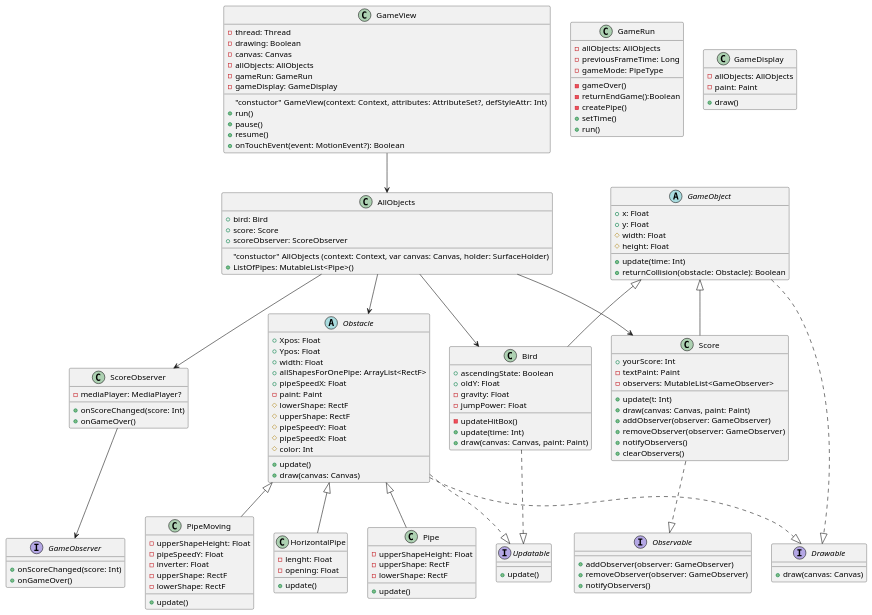
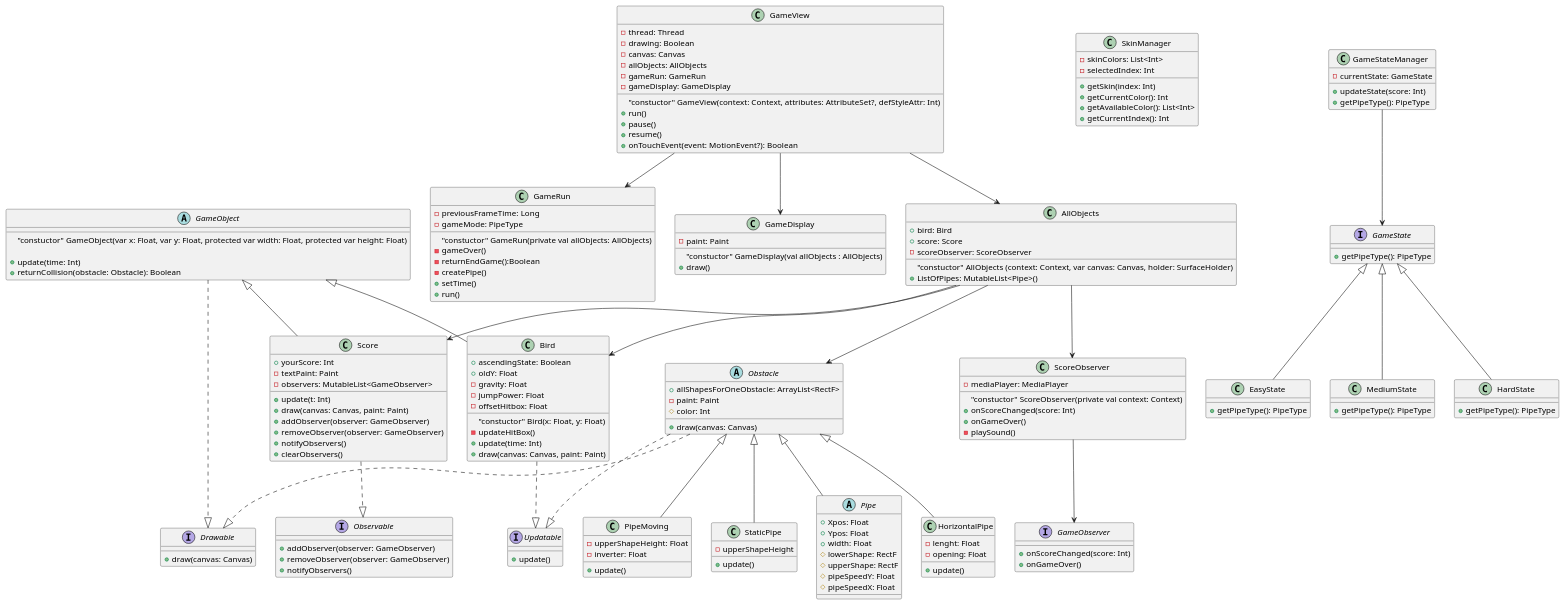
Before and after one commit to Macka23/flappybird: the diagram in app/src/main/java/com/example/flappybird/UML/ClassUML.puml, drawn with PlantUML. The commit also changed 9 other files, not shown here.

Commit message:
UML not finished

```diff
--- a/app/src/main/java/com/example/flappybird/UML/ClassUML.puml
+++ b/app/src/main/java/com/example/flappybird/UML/ClassUML.puml
@@ -21,11 +21,11 @@
     + bird: Bird
     + ListOfPipes: MutableList<Pipe>()
     + score: Score
-    + scoreObserver: ScoreObserver
+    - scoreObserver: ScoreObserver
 }
 
 class GameRun {
-    - allObjects: AllObjects
+    "constuctor" GameRun(private val allObjects: AllObjects)
     - previousFrameTime: Long
     - gameMode: PipeType
 
@@ -37,26 +37,26 @@
 }
 
 class GameDisplay {
-    - allObjects: AllObjects
+    "constuctor" GameDisplay(val allObjects : AllObjects)
     - paint: Paint
+
     + draw()
 }
 
 abstract class GameObject {
-    + x: Float
-    + y: Float
-    # width: Float
-    # height: Float
+    "constuctor" GameObject(var x: Float, var y: Float, protected var width: Float, protected var height: Float)
 
     + update(time: Int)
     + returnCollision(obstacle: Obstacle): Boolean
 }
 
 class Bird {
+    "constuctor" Bird(x: Float, y: Float)
     + ascendingState: Boolean
     + oldY: Float
     - gravity: Float
     - jumpPower: Float
+    - offsetHitbox: Float
 
     -updateHitBox()
     + update(time: Int)
@@ -76,22 +76,31 @@
     + clearObservers()
 }
 
+class ScoreObserver {
+    "constuctor" ScoreObserver(private val context: Context)
+    - mediaPlayer: MediaPlayer
+
+    + onScoreChanged(score: Int)
+    + onGameOver()
+    - playSound()
+}
+
 abstract class Obstacle {
+    + allShapesForOneObstacle: ArrayList<RectF>
+    - paint: Paint
+    # color: Int
+
+    + draw(canvas: Canvas)
+}
+
+abstract class Pipe {
     + Xpos: Float
     + Ypos: Float
     + width: Float
-    + allShapesForOnePipe: ArrayList<RectF>
-    + pipeSpeedX: Float
-    -paint: Paint
     # lowerShape: RectF
     # upperShape: RectF
     # pipeSpeedY: Float
     # pipeSpeedX: Float
-    # color: Int
-
-
-    + update()
-    + draw(canvas: Canvas)
 }
 
 class HorizontalPipe {
@@ -101,23 +110,48 @@
     + update()
 }
 
-class Pipe {
+class PipeMoving {
     - upperShapeHeight: Float
-    - upperShape: RectF
-    - lowerShape: RectF
+    - inverter: Float
 
     + update()
 }
 
-class PipeMoving {
-    - upperShapeHeight: Float
-    - pipeSpeedY: Float
-    - inverter: Float
-    - upperShape: RectF
-    - lowerShape: RectF
+class StaticPipe {
+    - upperShapeHeight
 
     + update()
 }
+
+class SkinManager {
+    - skinColors: List<Int>
+    - selectedIndex: Int
+
+    + getSkin(index: Int)
+    + getCurrentColor(): Int
+    + getAvailableColor(): List<Int>
+    + getCurrentIndex(): Int
+}
+
+class GameStateManager {
+    - currentState: GameState
+
+    + updateState(score: Int)
+    + getPipeType(): PipeType
+}
+
+class EasyState {
+    + getPipeType(): PipeType
+}
+
+class MediumState {
+    + getPipeType(): PipeType
+}
+
+class HardState {
+    + getPipeType(): PipeType
+}
+
 
 interface Drawable {
     + draw(canvas: Canvas)
@@ -138,14 +172,14 @@
     + onGameOver()
 }
 
-class ScoreObserver {
-    - mediaPlayer: MediaPlayer?
-
-    + onScoreChanged(score: Int)
-    + onGameOver()
+interface GameState {
+    + getPipeType(): PipeType
 }
 
+' Relations entre les classes et interfaces
 GameView --> AllObjects
+GameView --> GameRun
+GameView --> GameDisplay
 AllObjects --> Bird
 AllObjects --> Score
 AllObjects --> Obstacle
@@ -155,10 +189,16 @@
 Obstacle <|-- HorizontalPipe
 Obstacle <|-- Pipe
 Obstacle <|-- PipeMoving
+Obstacle <|-- StaticPipe
 GameObject ..|> Drawable
 Obstacle ..|> Drawable
 Obstacle ..|> Updatable
 Bird ..|> Updatable
 ScoreObserver --> GameObserver
 Score ..|> Observable
+GameStateManager --> GameState
+GameState <|-- EasyState
+GameState <|-- MediumState
+GameState <|-- HardState
+
 @enduml
```
